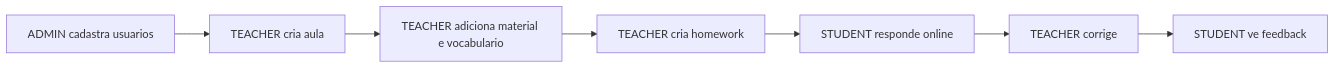
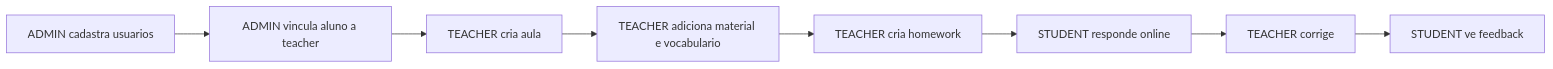
Before and after one commit to WilliYY/Candy-English: the first of 5 diagrams in docs/fluxos-ava.md, drawn with Mermaid. The commit also changed other lines of this file and 35 other files, not shown here.

````diff
--- a/docs/fluxos-ava.md
+++ b/docs/fluxos-ava.md
@@ -13,9 +13,10 @@
 ```mermaid
 flowchart LR
-  A["ADMIN cadastra usuarios"] --> B["TEACHER cria aula"]
-  B --> C["TEACHER adiciona material e vocabulario"]
-  C --> D["TEACHER cria homework"]
-  D --> E["STUDENT responde online"]
-  E --> F["TEACHER corrige"]
-  F --> G["STUDENT ve feedback"]
+  A["ADMIN cadastra usuarios"] --> B["ADMIN vincula aluno a teacher"]
+  B --> C["TEACHER cria aula"]
+  C --> D["TEACHER adiciona material e vocabulario"]
+  D --> E["TEACHER cria homework"]
+  E --> F["STUDENT responde online"]
+  F --> G["TEACHER corrige"]
+  G --> H["STUDENT ve feedback"]
 ```
````
